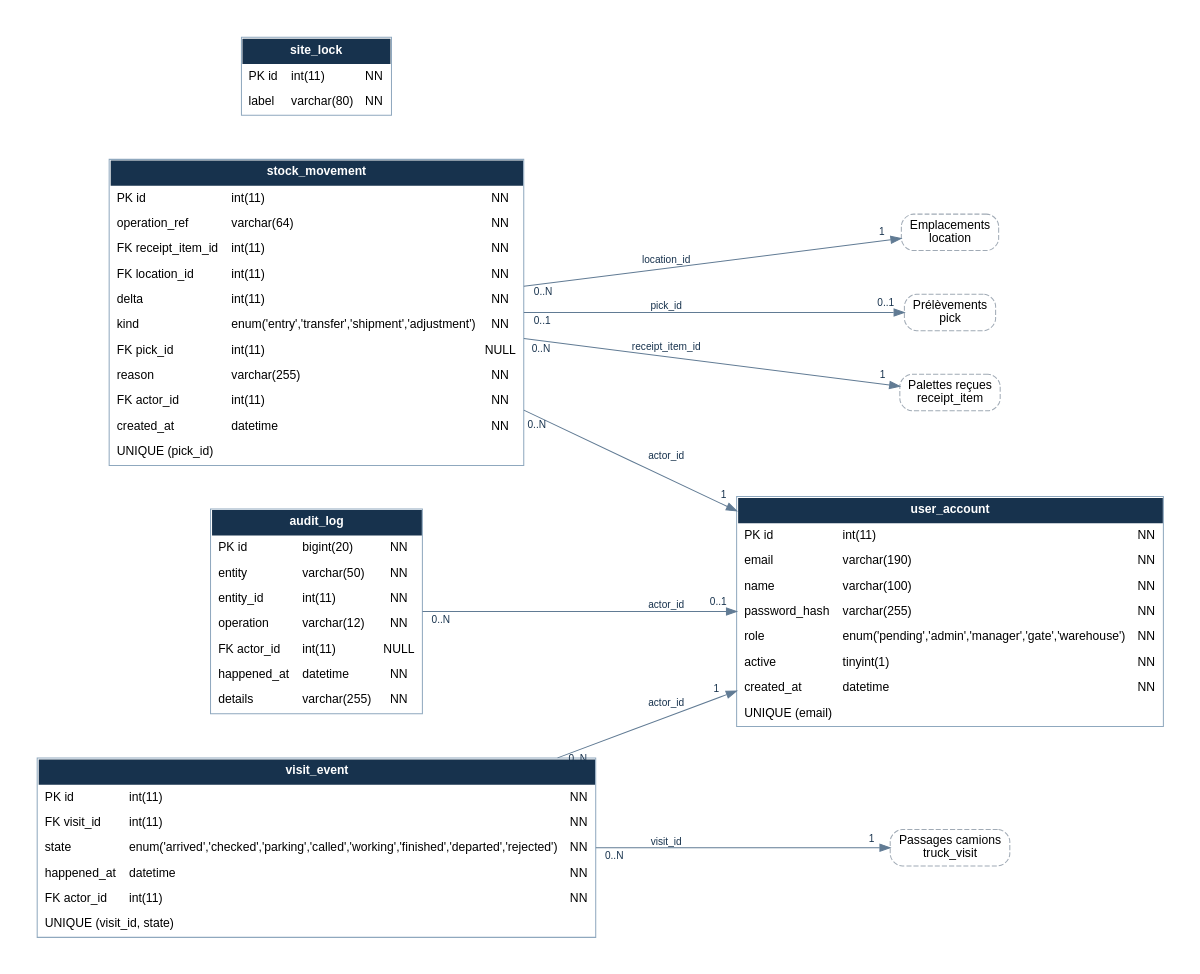
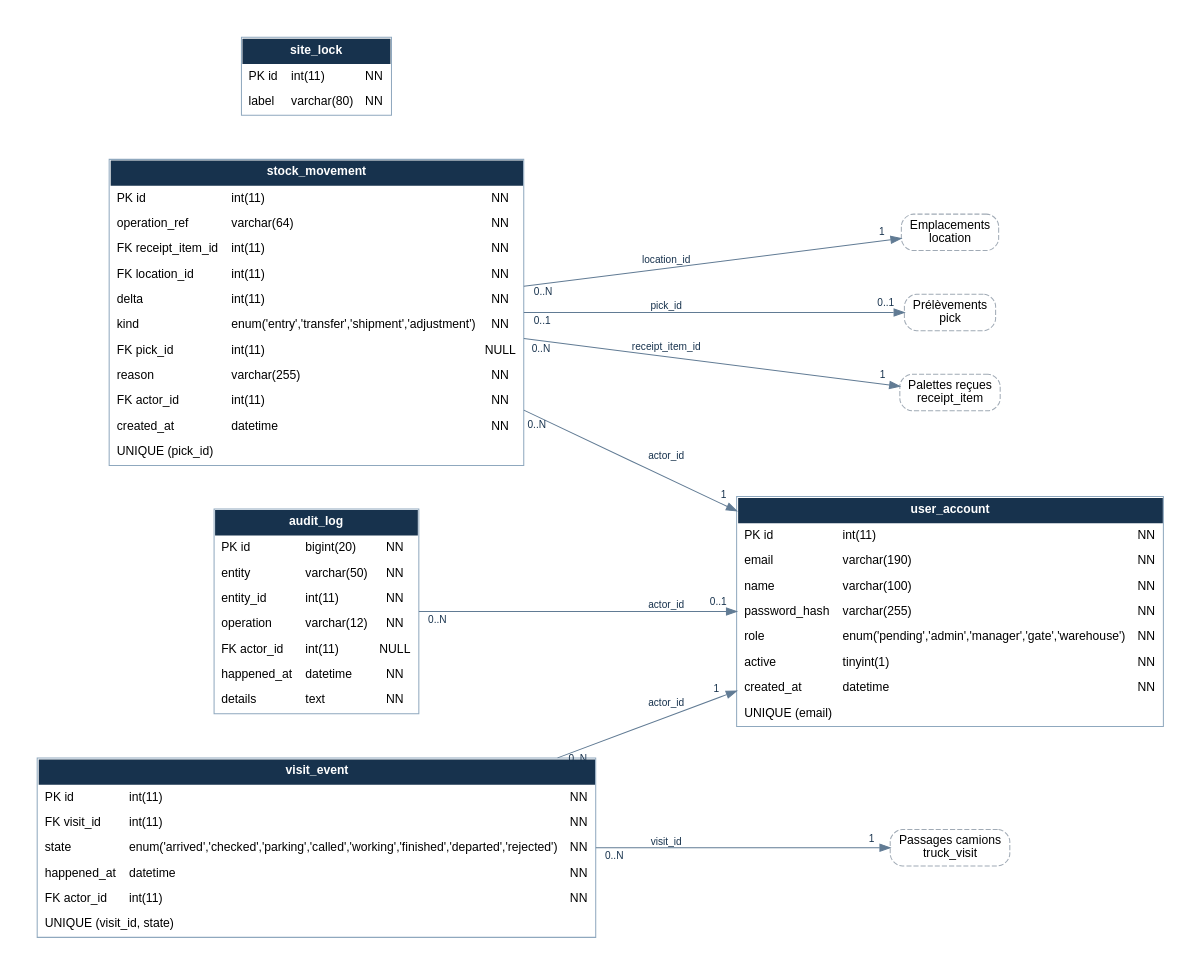
One commit to Gustor1/projet-bd70 changed the diagram in docs/diagrammes/mld-historisation.dot. Above: the diagram before and after it, drawn with Graphviz. The commit also changed 277 other files, not shown here.

```diff
--- a/docs/diagrammes/mld-historisation.dot
+++ b/docs/diagrammes/mld-historisation.dot
@@ -1,20 +1,20 @@
 digraph MLD {
 rankdir=LR;
 graph [fontname="Arial",bgcolor="white",pad="0.4",nodesep="0.6",ranksep="1",splines=polyline]; node [fontname="Arial",fontsize=12]; edge [fontname="Arial",fontsize=10,color="#617b94",fontcolor="#17324d"];
-audit_log [shape=plain,label=<<TABLE BORDER="1" CELLBORDER="0" CELLSPACING="0" CELLPADDING="6" COLOR="#8fa8be"><TR><TD COLSPAN="3" BGCOLOR="#17324d"><FONT COLOR="white"><B>audit_log</B></FONT></TD></TR><TR><TD ALIGN="LEFT">PK id</TD><TD ALIGN="LEFT">bigint(20)</TD><TD>NN</TD></TR><TR><TD ALIGN="LEFT">entity</TD><TD ALIGN="LEFT">varchar(50)</TD><TD>NN</TD></TR><TR><TD ALIGN="LEFT">entity_id</TD><TD ALIGN="LEFT">int(11)</TD><TD>NN</TD></TR><TR><TD ALIGN="LEFT">operation</TD><TD ALIGN="LEFT">varchar(12)</TD><TD>NN</TD></TR><TR><TD ALIGN="LEFT">FK actor_id</TD><TD ALIGN="LEFT">int(11)</TD><TD>NULL</TD></TR><TR><TD ALIGN="LEFT">happened_at</TD><TD ALIGN="LEFT">datetime</TD><TD>NN</TD></TR><TR><TD ALIGN="LEFT">details</TD><TD ALIGN="LEFT">varchar(255)</TD><TD>NN</TD></TR></TABLE>>];
+audit_log [shape=plain,label=<<TABLE BORDER="1" CELLBORDER="0" CELLSPACING="0" CELLPADDING="6" COLOR="#8fa8be"><TR><TD COLSPAN="3" BGCOLOR="#17324d"><FONT COLOR="white"><B>audit_log</B></FONT></TD></TR><TR><TD ALIGN="LEFT">PK id</TD><TD ALIGN="LEFT">bigint(20)</TD><TD>NN</TD></TR><TR><TD ALIGN="LEFT">entity</TD><TD ALIGN="LEFT">varchar(50)</TD><TD>NN</TD></TR><TR><TD ALIGN="LEFT">entity_id</TD><TD ALIGN="LEFT">int(11)</TD><TD>NN</TD></TR><TR><TD ALIGN="LEFT">operation</TD><TD ALIGN="LEFT">varchar(12)</TD><TD>NN</TD></TR><TR><TD ALIGN="LEFT">FK actor_id</TD><TD ALIGN="LEFT">int(11)</TD><TD>NULL</TD></TR><TR><TD ALIGN="LEFT">happened_at</TD><TD ALIGN="LEFT">datetime</TD><TD>NN</TD></TR><TR><TD ALIGN="LEFT">details</TD><TD ALIGN="LEFT">text</TD><TD>NN</TD></TR></TABLE>>];
 location [shape=box,style="rounded,dashed",label="Emplacements\nlocation",color="#a0aab5"];
 pick [shape=box,style="rounded,dashed",label="Prélèvements\npick",color="#a0aab5"];
 receipt_item [shape=box,style="rounded,dashed",label="Palettes reçues\nreceipt_item",color="#a0aab5"];
 site_lock [shape=plain,label=<<TABLE BORDER="1" CELLBORDER="0" CELLSPACING="0" CELLPADDING="6" COLOR="#8fa8be"><TR><TD COLSPAN="3" BGCOLOR="#17324d"><FONT COLOR="white"><B>site_lock</B></FONT></TD></TR><TR><TD ALIGN="LEFT">PK id</TD><TD ALIGN="LEFT">int(11)</TD><TD>NN</TD></TR><TR><TD ALIGN="LEFT">label</TD><TD ALIGN="LEFT">varchar(80)</TD><TD>NN</TD></TR></TABLE>>];
 stock_movement [shape=plain,label=<<TABLE BORDER="1" CELLBORDER="0" CELLSPACING="0" CELLPADDING="6" COLOR="#8fa8be"><TR><TD COLSPAN="3" BGCOLOR="#17324d"><FONT COLOR="white"><B>stock_movement</B></FONT></TD></TR><TR><TD ALIGN="LEFT">PK id</TD><TD ALIGN="LEFT">int(11)</TD><TD>NN</TD></TR><TR><TD ALIGN="LEFT">operation_ref</TD><TD ALIGN="LEFT">varchar(64)</TD><TD>NN</TD></TR><TR><TD ALIGN="LEFT">FK receipt_item_id</TD><TD ALIGN="LEFT">int(11)</TD><TD>NN</TD></TR><TR><TD ALIGN="LEFT">FK location_id</TD><TD ALIGN="LEFT">int(11)</TD><TD>NN</TD></TR><TR><TD ALIGN="LEFT">delta</TD><TD ALIGN="LEFT">int(11)</TD><TD>NN</TD></TR><TR><TD ALIGN="LEFT">kind</TD><TD ALIGN="LEFT">enum(&#x27;entry&#x27;,&#x27;transfer&#x27;,&#x27;shipment&#x27;,&#x27;adjustment&#x27;)</TD><TD>NN</TD></TR><TR><TD ALIGN="LEFT">FK pick_id</TD><TD ALIGN="LEFT">int(11)</TD><TD>NULL</TD></TR><TR><TD ALIGN="LEFT">reason</TD><TD ALIGN="LEFT">varchar(255)</TD><TD>NN</TD></TR><TR><TD ALIGN="LEFT">FK actor_id</TD><TD ALIGN="LEFT">int(11)</TD><TD>NN</TD></TR><TR><TD ALIGN="LEFT">created_at</TD><TD ALIGN="LEFT">datetime</TD><TD>NN</TD></TR><TR><TD COLSPAN="3" ALIGN="LEFT">UNIQUE (pick_id)</TD></TR></TABLE>>];
 truck_visit [shape=box,style="rounded,dashed",label="Passages camions\ntruck_visit",color="#a0aab5"];
 user_account [shape=plain,label=<<TABLE BORDER="1" CELLBORDER="0" CELLSPACING="0" CELLPADDING="6" COLOR="#8fa8be"><TR><TD COLSPAN="3" BGCOLOR="#17324d"><FONT COLOR="white"><B>user_account</B></FONT></TD></TR><TR><TD ALIGN="LEFT">PK id</TD><TD ALIGN="LEFT">int(11)</TD><TD>NN</TD></TR><TR><TD ALIGN="LEFT">email</TD><TD ALIGN="LEFT">varchar(190)</TD><TD>NN</TD></TR><TR><TD ALIGN="LEFT">name</TD><TD ALIGN="LEFT">varchar(100)</TD><TD>NN</TD></TR><TR><TD ALIGN="LEFT">password_hash</TD><TD ALIGN="LEFT">varchar(255)</TD><TD>NN</TD></TR><TR><TD ALIGN="LEFT">role</TD><TD ALIGN="LEFT">enum(&#x27;pending&#x27;,&#x27;admin&#x27;,&#x27;manager&#x27;,&#x27;gate&#x27;,&#x27;warehouse&#x27;)</TD><TD>NN</TD></TR><TR><TD ALIGN="LEFT">active</TD><TD ALIGN="LEFT">tinyint(1)</TD><TD>NN</TD></TR><TR><TD ALIGN="LEFT">created_at</TD><TD ALIGN="LEFT">datetime</TD><TD>NN</TD></TR><TR><TD COLSPAN="3" ALIGN="LEFT">UNIQUE (email)</TD></TR></TABLE>>];
 visit_event [shape=plain,label=<<TABLE BORDER="1" CELLBORDER="0" CELLSPACING="0" CELLPADDING="6" COLOR="#8fa8be"><TR><TD COLSPAN="3" BGCOLOR="#17324d"><FONT COLOR="white"><B>visit_event</B></FONT></TD></TR><TR><TD ALIGN="LEFT">PK id</TD><TD ALIGN="LEFT">int(11)</TD><TD>NN</TD></TR><TR><TD ALIGN="LEFT">FK visit_id</TD><TD ALIGN="LEFT">int(11)</TD><TD>NN</TD></TR><TR><TD ALIGN="LEFT">state</TD><TD ALIGN="LEFT">enum(&#x27;arrived&#x27;,&#x27;checked&#x27;,&#x27;parking&#x27;,&#x27;called&#x27;,&#x27;working&#x27;,&#x27;finished&#x27;,&#x27;departed&#x27;,&#x27;rejected&#x27;)</TD><TD>NN</TD></TR><TR><TD ALIGN="LEFT">happened_at</TD><TD ALIGN="LEFT">datetime</TD><TD>NN</TD></TR><TR><TD ALIGN="LEFT">FK actor_id</TD><TD ALIGN="LEFT">int(11)</TD><TD>NN</TD></TR><TR><TD COLSPAN="3" ALIGN="LEFT">UNIQUE (visit_id, state)</TD></TR></TABLE>>];
 audit_log -> user_account [label="actor_id",taillabel="0..N",headlabel="0..1",labeldistance=2];
 stock_movement -> receipt_item [label="receipt_item_id",taillabel="0..N",headlabel="1",labeldistance=2];
 stock_movement -> location [label="location_id",taillabel="0..N",headlabel="1",labeldistance=2];
 stock_movement -> pick [label="pick_id",taillabel="0..1",headlabel="0..1",labeldistance=2];
 stock_movement -> user_account [label="actor_id",taillabel="0..N",headlabel="1",labeldistance=2];
 visit_event -> truck_visit [label="visit_id",taillabel="0..N",headlabel="1",labeldistance=2];
 visit_event -> user_account [label="actor_id",taillabel="0..N",headlabel="1",labeldistance=2];
 }
```
